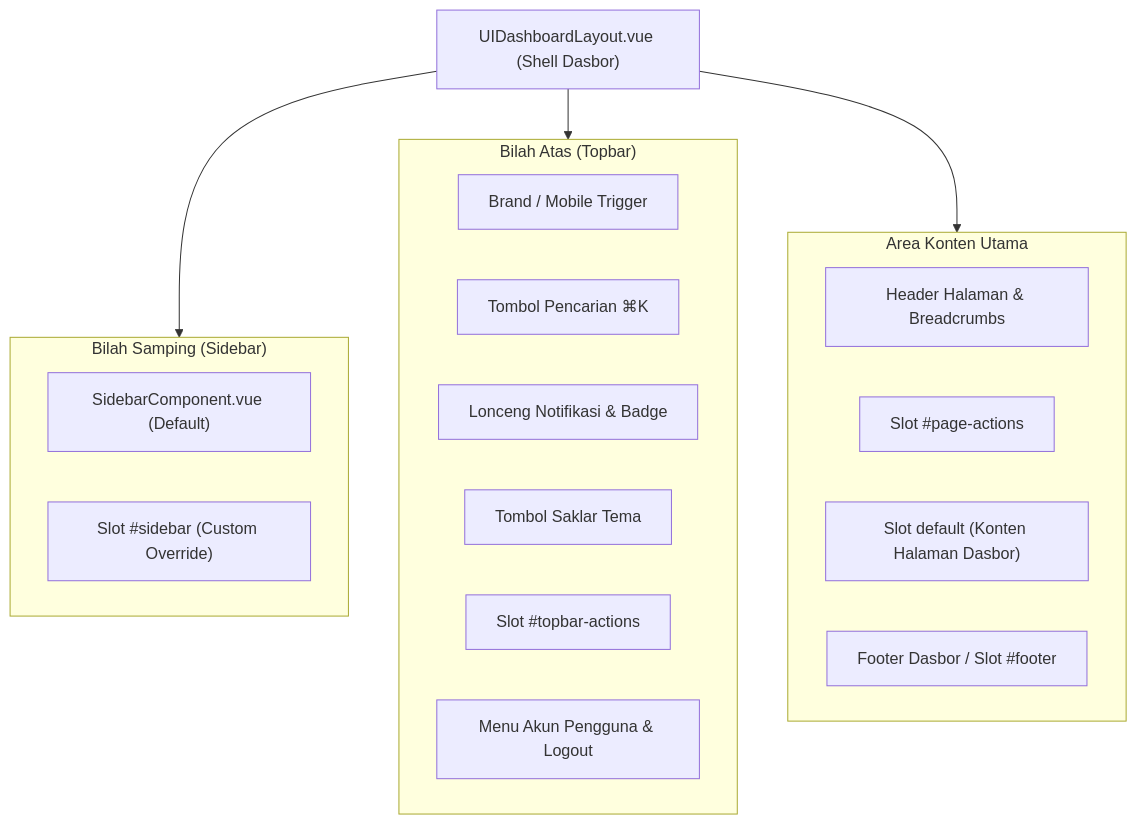
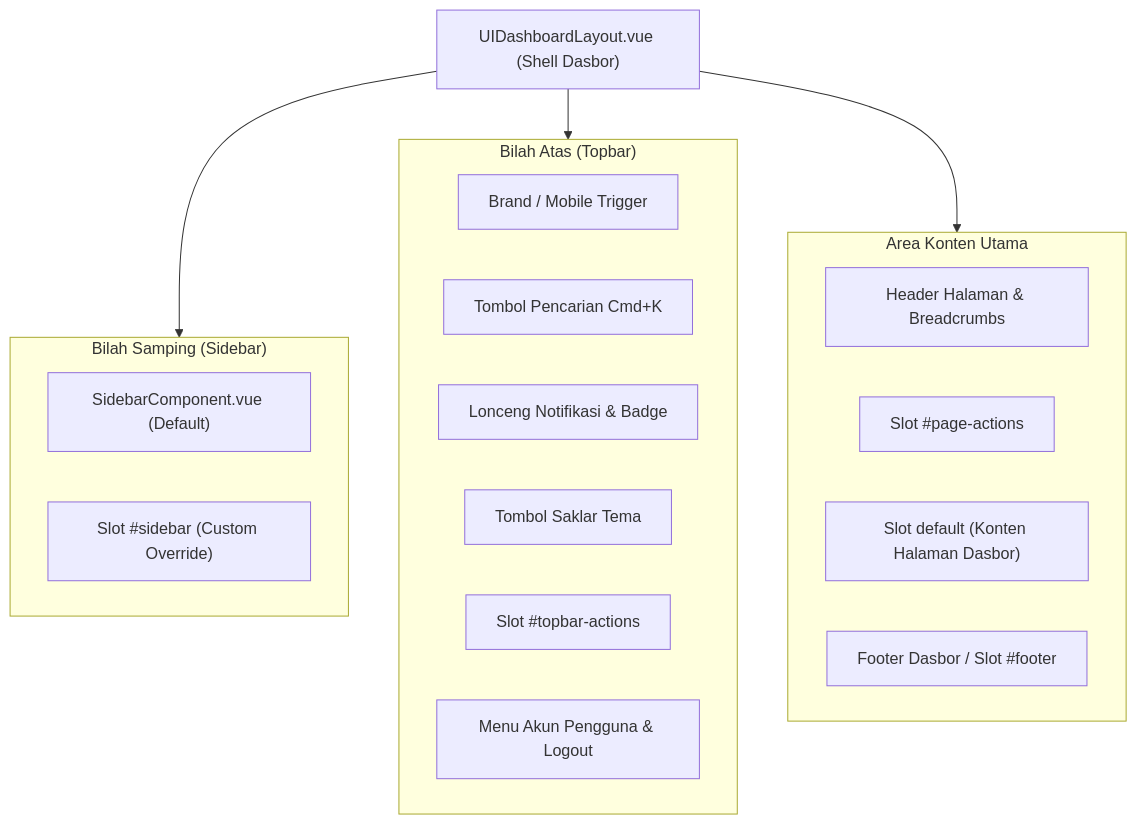
The diagram in doc/layouts/ui-dashboard-layout.md (Chandra2004/laravel-pack-ui), drawn with Mermaid before and after one commit. The commit also changed other lines of this file and 164 other files, not shown here.

First line of the commit message:
feat(release): v2.0.0 major release - enterprise UI kit, compound architecture & composables

````diff
--- a/doc/layouts/ui-dashboard-layout.md
+++ b/doc/layouts/ui-dashboard-layout.md
@@ -13,29 +25,29 @@
 ```mermaid
 graph TD
     Shell["UIDashboardLayout.vue (Shell Dasbor)"]
     
     subgraph Top["Bilah Atas (Topbar)"]
         BrandLogo["Brand / Mobile Trigger"]
-        SearchBtn["Tombol Pencarian ⌘K"]
+        SearchBtn["Tombol Pencarian Cmd+K"]
         NotifBell["Lonceng Notifikasi & Badge"]
         ThemeBtn["Tombol Saklar Tema"]
         TopbarSlot["Slot #topbar-actions"]
         UserMenu["Menu Akun Pengguna & Logout"]
     end
     
     subgraph Side["Bilah Samping (Sidebar)"]
         SidebarDefault["SidebarComponent.vue (Default)"]
         SidebarSlot["Slot #sidebar (Custom Override)"]
     end
     
     subgraph Content["Area Konten Utama"]
         PageHeader["Header Halaman & Breadcrumbs"]
         ActionSlot["Slot #page-actions"]
         MainSlot["Slot default (Konten Halaman Dasbor)"]
         FooterArea["Footer Dasbor / Slot #footer"]
     end
 
     Shell --> Side
     Shell --> Top
     Shell --> Content
 ```
````
